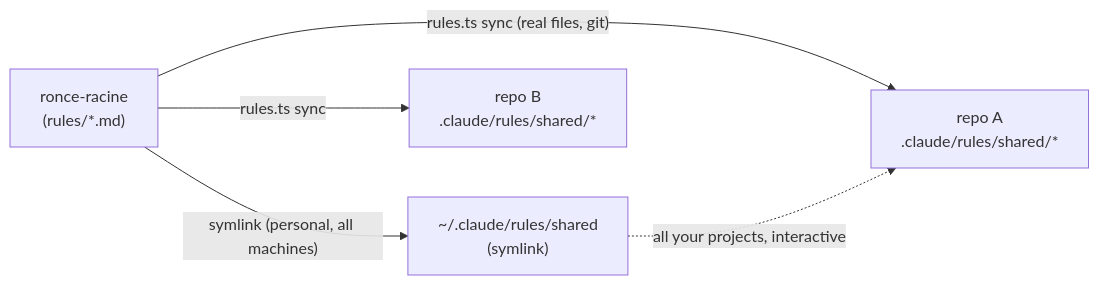
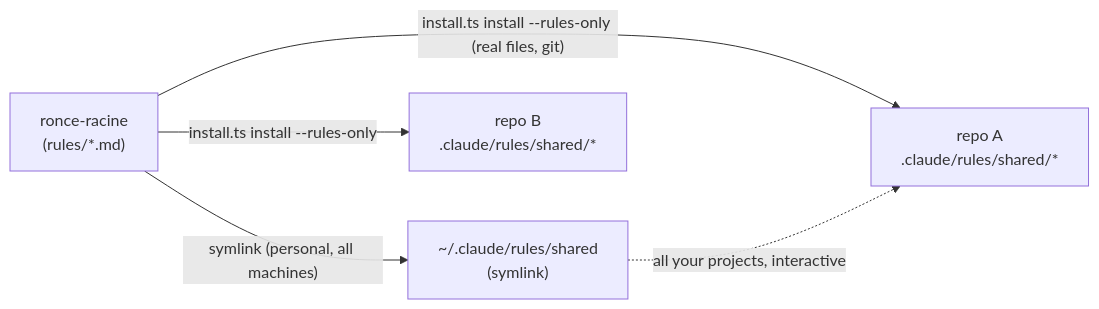
One commit to ChariereFiedler/ronce-racine changed the diagram in README.md. Above: the diagram before and after it, drawn with Mermaid. The commit also changed other lines of this file and 38 other files, not shown here.

````diff
--- a/README.md
+++ b/README.md
@@ -33,11 +35,11 @@
 ```mermaid
 flowchart LR
     C["ronce-racine<br/>(rules/*.md)"]
     G["~/.claude/rules/shared<br/>(symlink)"]
     R1["repo A<br/>.claude/rules/shared/*"]
     R2["repo B<br/>.claude/rules/shared/*"]
     C -- "symlink (personal, all machines)" --> G
-    C -- "rules.ts sync (real files, git)" --> R1
-    C -- "rules.ts sync" --> R2
+    C -- "install.ts install --rules-only (real files, git)" --> R1
+    C -- "install.ts install --rules-only" --> R2
     G -. "all your projects, interactive" .-> R1
 ```
````
